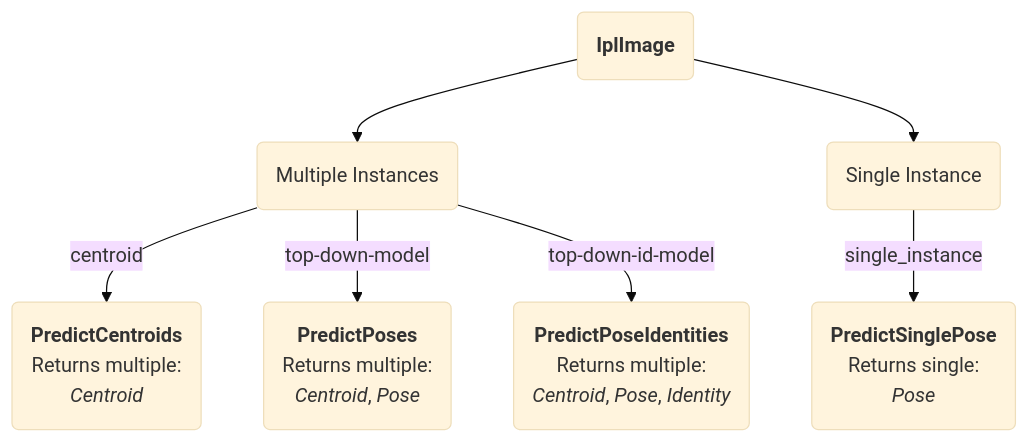
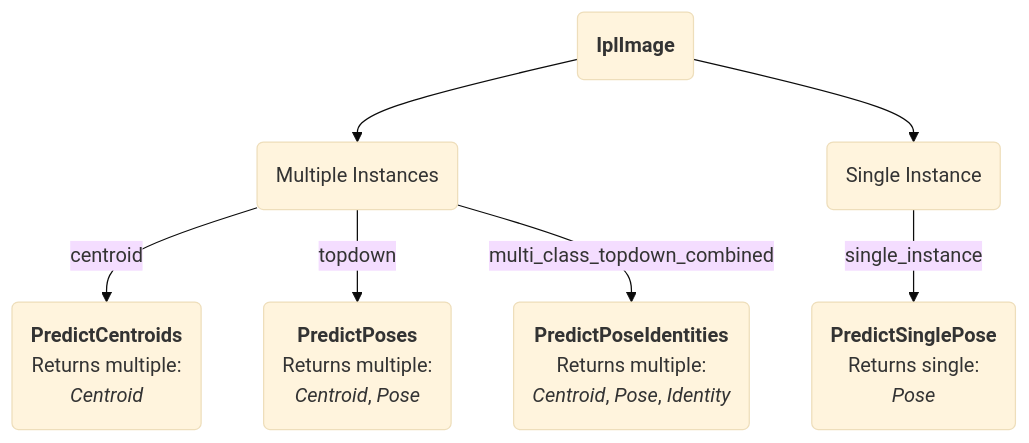
The diagram in docs/articles/manual.md (bonsai-rx/sleap), drawn with Mermaid (base theme) before and after one commit. The commit also changed other lines of this file and 16 other files, not shown here.

````diff
--- a/docs/articles/manual.md
+++ b/docs/articles/manual.md
@@ -6,28 +6,28 @@
 ```mermaid
 flowchart TD
 
 id1("`**IplImage**`") --> id7(Multiple Instances)
 
 id1 --> id8(Single Instance)
 
 id7 -- centroid --> id3("`**PredictCentroids** 
 
 Returns multiple: 
 *Centroid*`")
 
-id7 -- top-down-model --> id4("`**PredictPoses**
+id7 -- topdown --> id4("`**PredictPoses**
 
 Returns multiple:
 *Centroid*, *Pose*`")
 
 
-id7 -- top-down-id-model --> id5("`**PredictPoseIdentities**
+id7 -- multi_class_topdown_combined --> id5("`**PredictPoseIdentities**
 
 Returns multiple:
 *Centroid*, *Pose*, *Identity*`")
 
 id8 -- single_instance --> id2("`**PredictSinglePose**
 
 Returns single:
 *Pose*`")
 ```
````
